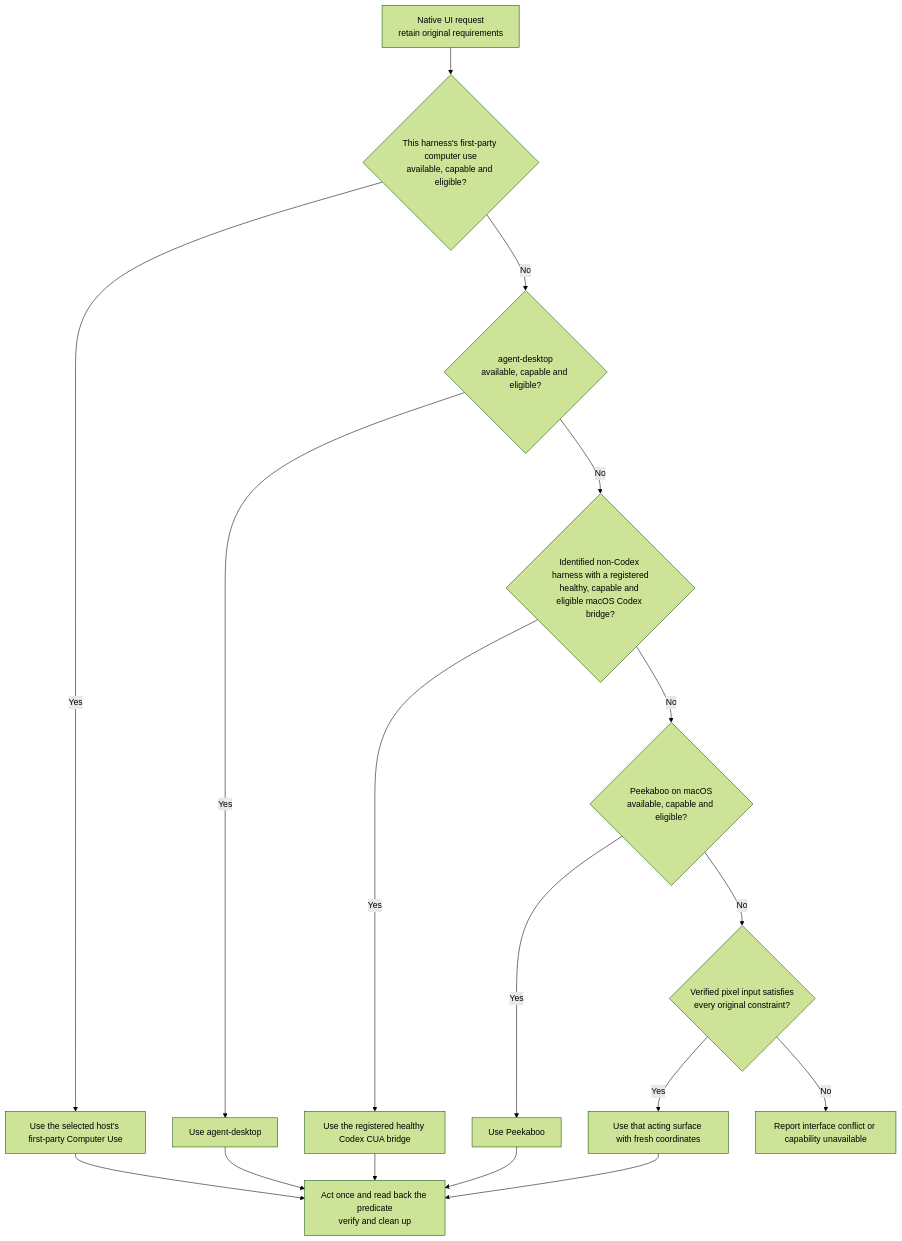
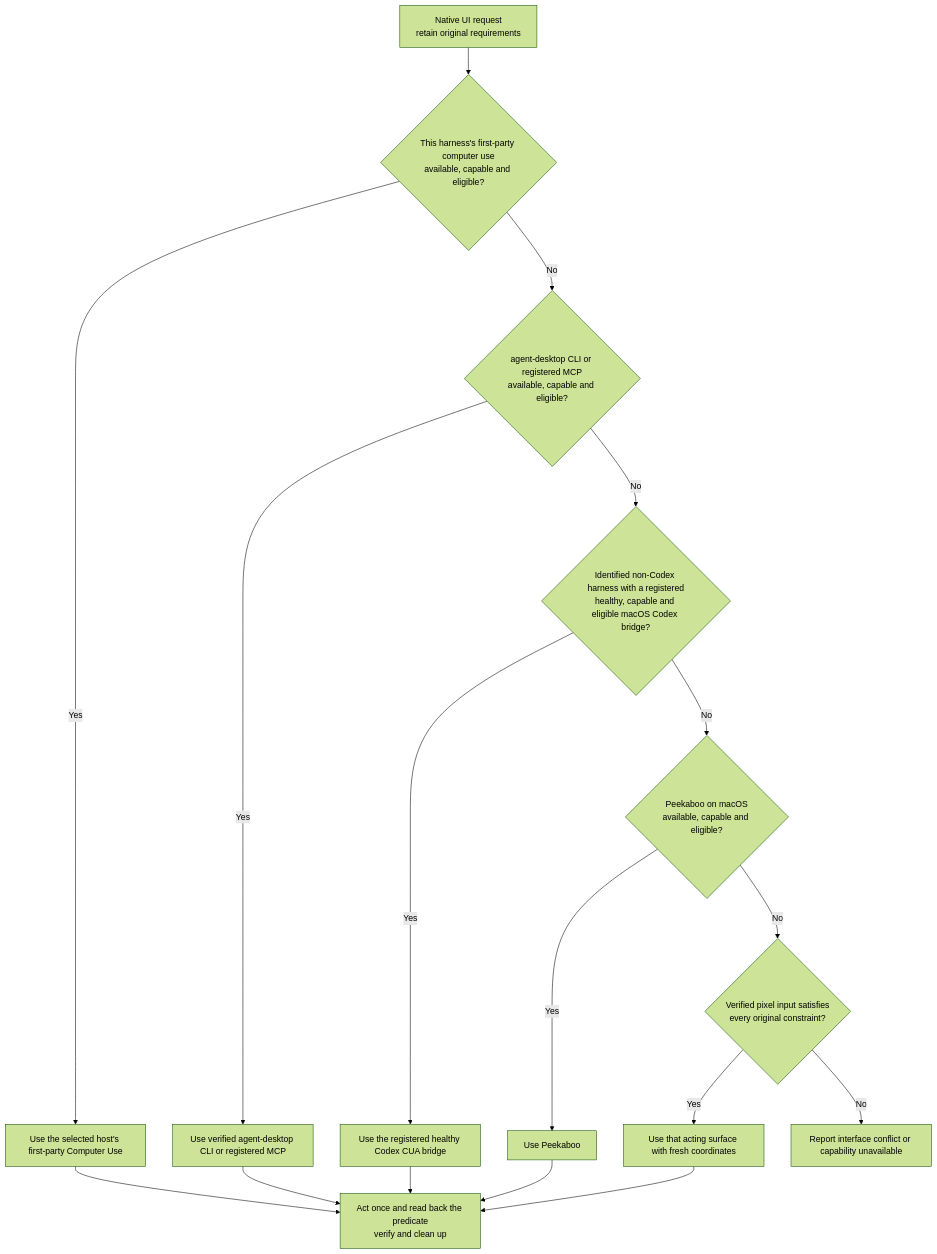
The diagram in skills/vp-interaction-routing/references/native-decision-tree.md (VdustR/agent-plugin-vp-interaction-routing), drawn with Mermaid (forest theme) before and after one commit. The commit also changed 19 other files, not shown here.

Commit message:
docs: refresh desktop comparisons for agent-desktop 1.2.0 (#24)

````diff
--- a/skills/vp-interaction-routing/references/native-decision-tree.md
+++ b/skills/vp-interaction-routing/references/native-decision-tree.md
@@ -26,25 +26,25 @@
 ```mermaid
 flowchart TD
   A["Native UI request<br/>retain original requirements"] --> Q0
   Q0{"This harness's first-party computer use<br/>available, capable and eligible?"}
   Q0 -->|Yes| R0["Use the selected host's first-party Computer Use"]
   R0 --> V
   Q0 -->|No| Q1
-  Q1{"agent-desktop<br/>available, capable and eligible?"}
-  Q1 -->|Yes| R1["Use agent-desktop"]
+  Q1{"agent-desktop CLI or registered MCP<br/>available, capable and eligible?"}
+  Q1 -->|Yes| R1["Use verified agent-desktop CLI or registered MCP"]
   R1 --> V
   Q1 -->|No| Q2
   Q2{"Identified non-Codex harness with a registered<br/>healthy, capable and eligible macOS Codex bridge?"}
   Q2 -->|Yes| R2["Use the registered healthy Codex CUA bridge"]
   R2 --> V
   Q2 -->|No| Q3
   Q3{"Peekaboo on macOS<br/>available, capable and eligible?"}
   Q3 -->|Yes| R3["Use Peekaboo"]
   R3 --> V
   Q3 -->|No| P
   P{"Verified pixel input satisfies<br/>every original constraint?"}
   P -->|Yes| PX["Use that acting surface with fresh coordinates"]
   PX --> V
   P -->|No| STOP["Report interface conflict or capability unavailable"]
   V["Act once and read back the predicate<br/>verify and clean up"]
 ```
````
